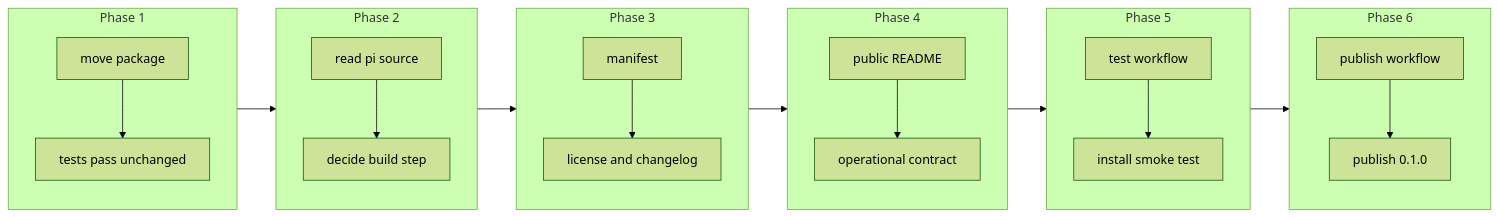
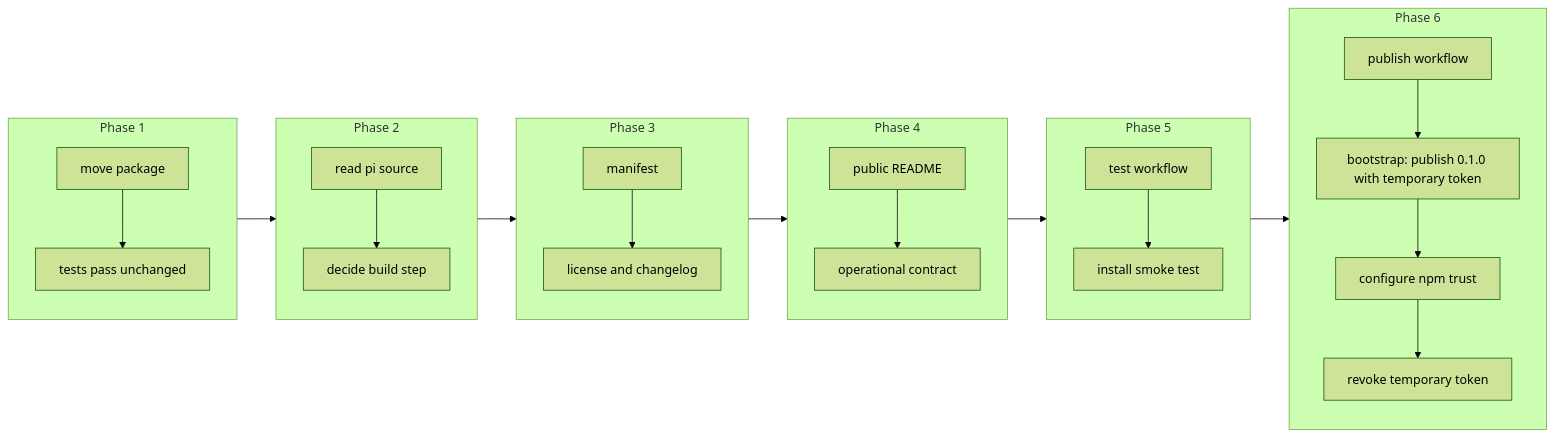
Before and after one commit to desek/agent-observability: the third of 3 diagrams in docs/cr/CR-0003-pi-opentelemetry-package.md, drawn with Mermaid (forest theme). The commit also changed other lines of this file and 1 other file, not shown here.

````diff
--- a/docs/cr/CR-0003-pi-opentelemetry-package.md
+++ b/docs/cr/CR-0003-pi-opentelemetry-package.md
@@ -234,22 +251,24 @@
 ```mermaid
 flowchart LR
     subgraph P1["Phase 1"]
         A["move package"] --> B["tests pass unchanged"]
     end
     subgraph P2["Phase 2"]
         C["read pi source"] --> D["decide build step"]
     end
     subgraph P3["Phase 3"]
         E["manifest"] --> F["license and changelog"]
     end
     subgraph P4["Phase 4"]
         G["public README"] --> H["operational contract"]
     end
     subgraph P5["Phase 5"]
         I["test workflow"] --> J["install smoke test"]
     end
     subgraph P6["Phase 6"]
-        K["publish workflow"] --> L["publish 0.1.0"]
+        K["publish workflow"] --> L["bootstrap: publish 0.1.0 with temporary token"]
+        L --> M["configure npm trust"]
+        M --> N["revoke temporary token"]
     end
     P1 --> P2 --> P3 --> P4 --> P5 --> P6
 ```
````
